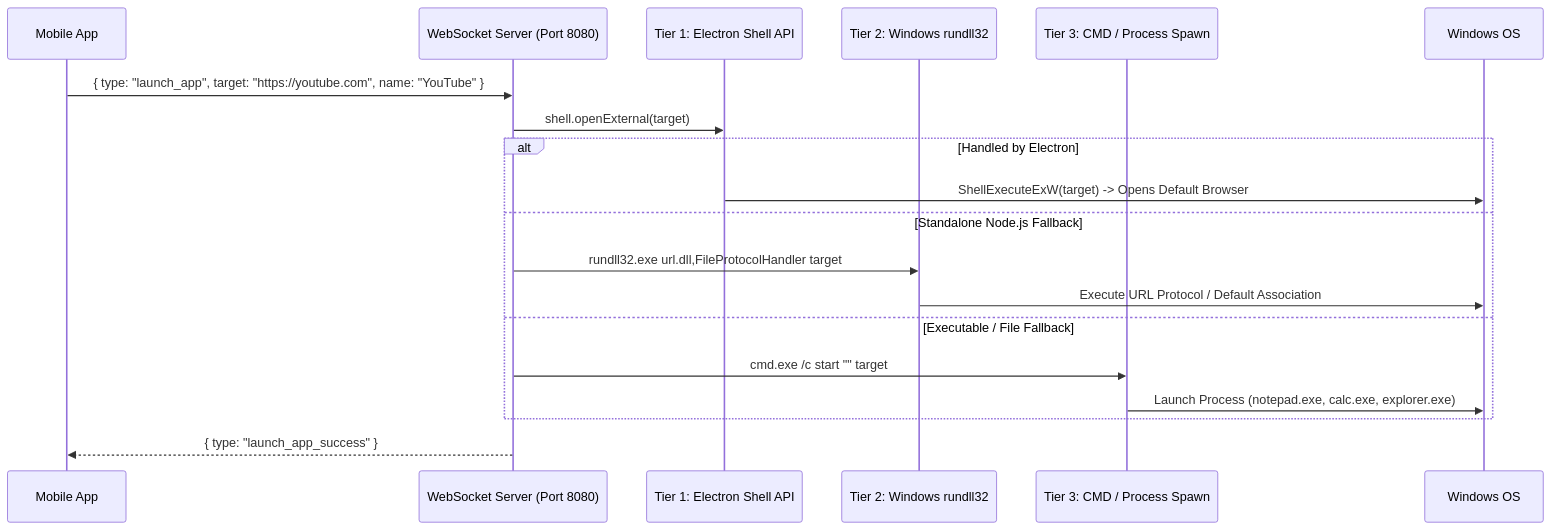
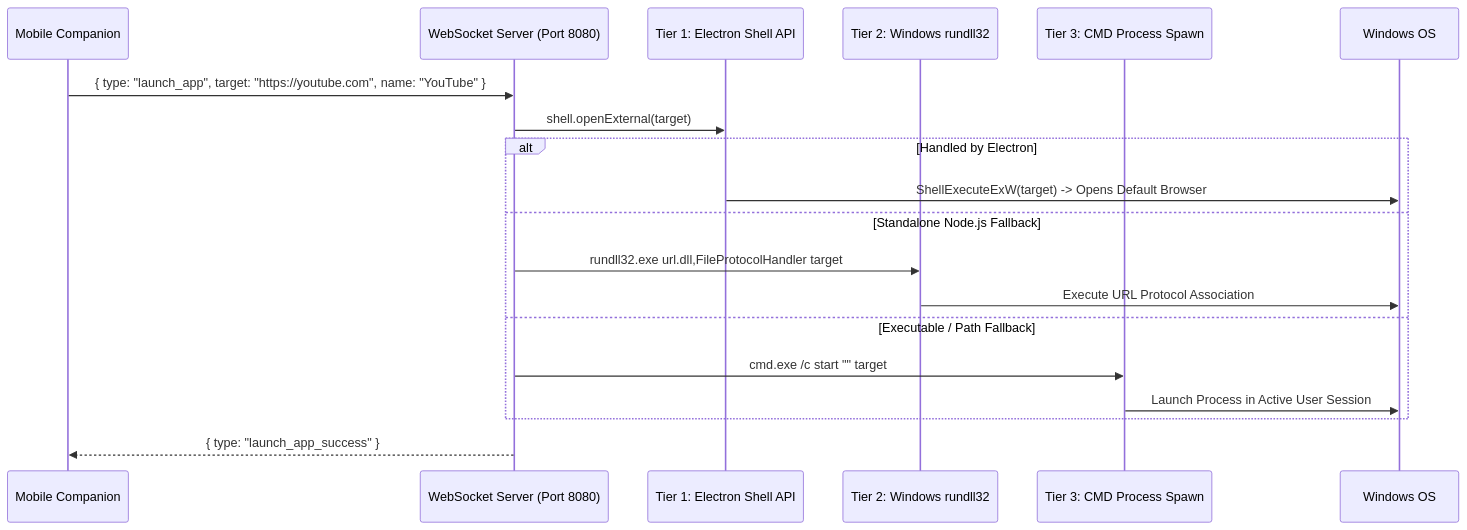
The diagram in docs/app_launcher.md (baaghinitesh/Nexora-desktop-release), drawn with Mermaid before and after one commit. The commit also changed other lines of this file and 9 other files, not shown here.

````diff
--- a/docs/app_launcher.md
+++ b/docs/app_launcher.md
@@ -9,22 +11,22 @@
 ```mermaid
 sequenceDiagram
-    participant Mobile as Mobile App
+    participant Mobile as Mobile Companion
     participant WS as WebSocket Server (Port 8080)
     participant Tier1 as Tier 1: Electron Shell API
     participant Tier2 as Tier 2: Windows rundll32
-    participant Tier3 as Tier 3: CMD / Process Spawn
+    participant Tier3 as Tier 3: CMD Process Spawn
     participant OS as Windows OS
 
     Mobile->>WS: { type: "launch_app", target: "https://youtube.com", name: "YouTube" }
     WS->>Tier1: shell.openExternal(target)
     alt Handled by Electron
         Tier1->>OS: ShellExecuteExW(target) -> Opens Default Browser
     else Standalone Node.js Fallback
         WS->>Tier2: rundll32.exe url.dll,FileProtocolHandler target
-        Tier2->>OS: Execute URL Protocol / Default Association
-    else Executable / File Fallback
+        Tier2->>OS: Execute URL Protocol Association
+    else Executable / Path Fallback
         WS->>Tier3: cmd.exe /c start "" target
-        Tier3->>OS: Launch Process (notepad.exe, calc.exe, explorer.exe)
+        Tier3->>OS: Launch Process in Active User Session
     end
     WS-->>Mobile: { type: "launch_app_success" }
 ```
````
